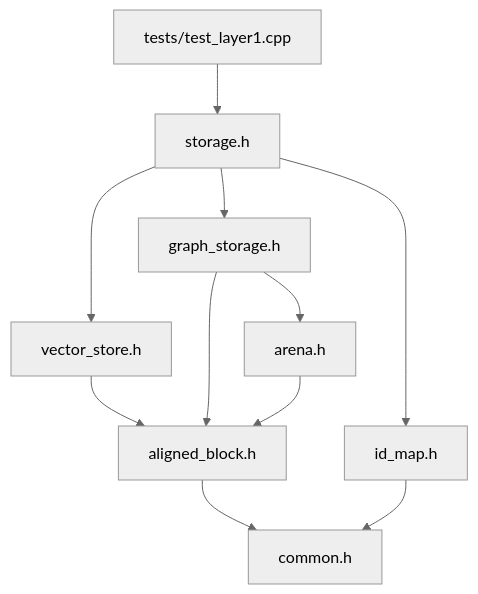
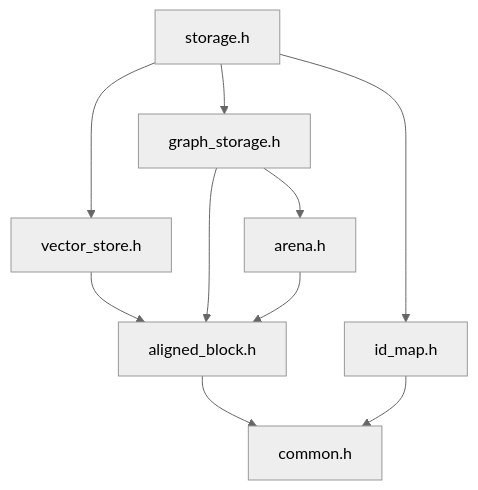
The second of 3 diagrams in README.md (praknig/hnsw_lite), drawn with Mermaid (neutral theme) before and after one commit. The commit also changed other lines of this file and 1 other file, not shown here.

Commit message:
chore: updated readme for layer 2

````diff
--- a/README.md
+++ b/README.md
@@ -78,13 +85,12 @@
 ```mermaid
 flowchart TB
-    T["tests/test_layer1.cpp"] --> S["storage.h"]
-    S --> I["id_map.h"]
+    S["storage.h"] --> I["id_map.h"]
     S --> V["vector_store.h"]
     S --> G["graph_storage.h"]
     G --> AR["arena.h"]
     V --> AB["aligned_block.h"]
     G --> AB
     AR --> AB
     AB --> C["common.h"]
     I --> C
 ```
````
